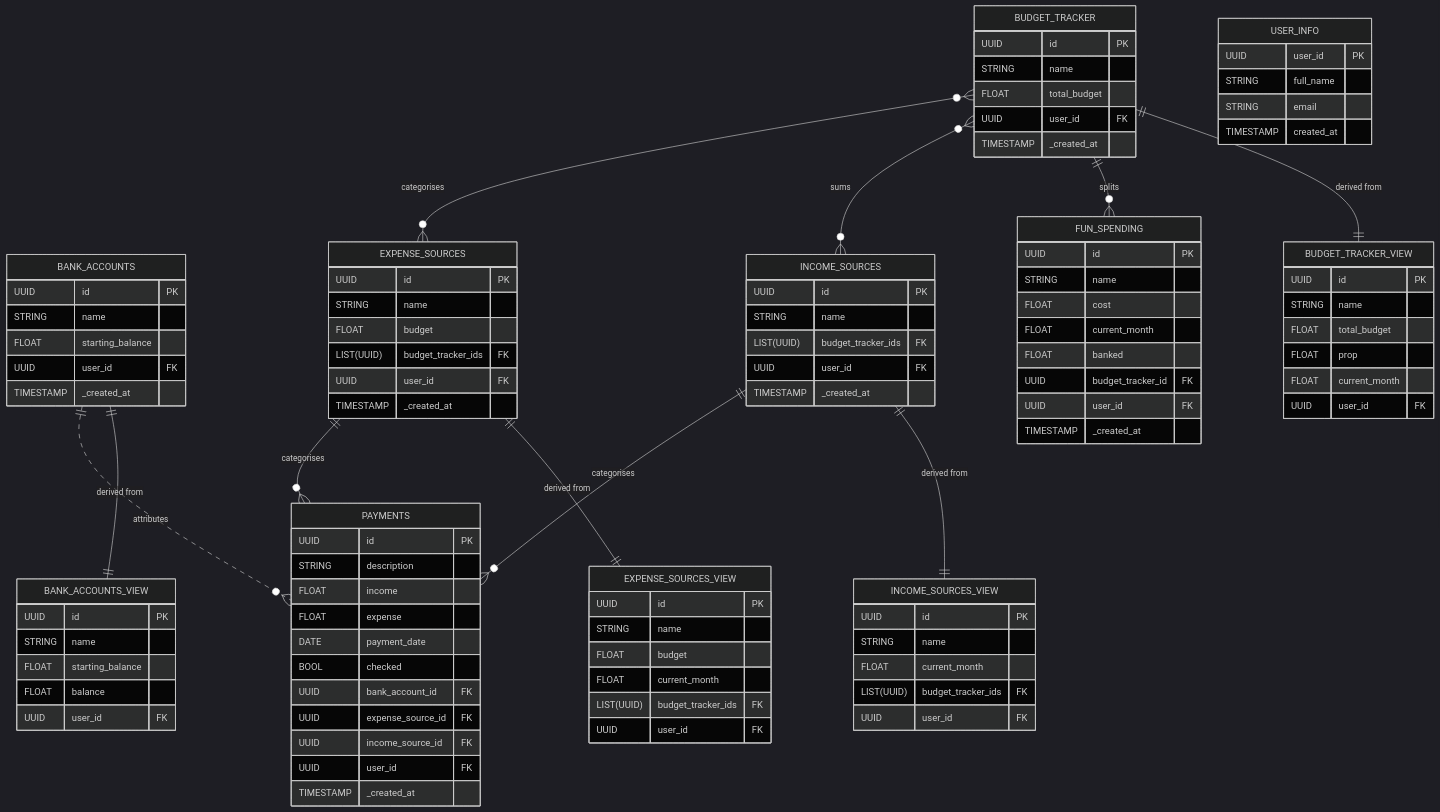
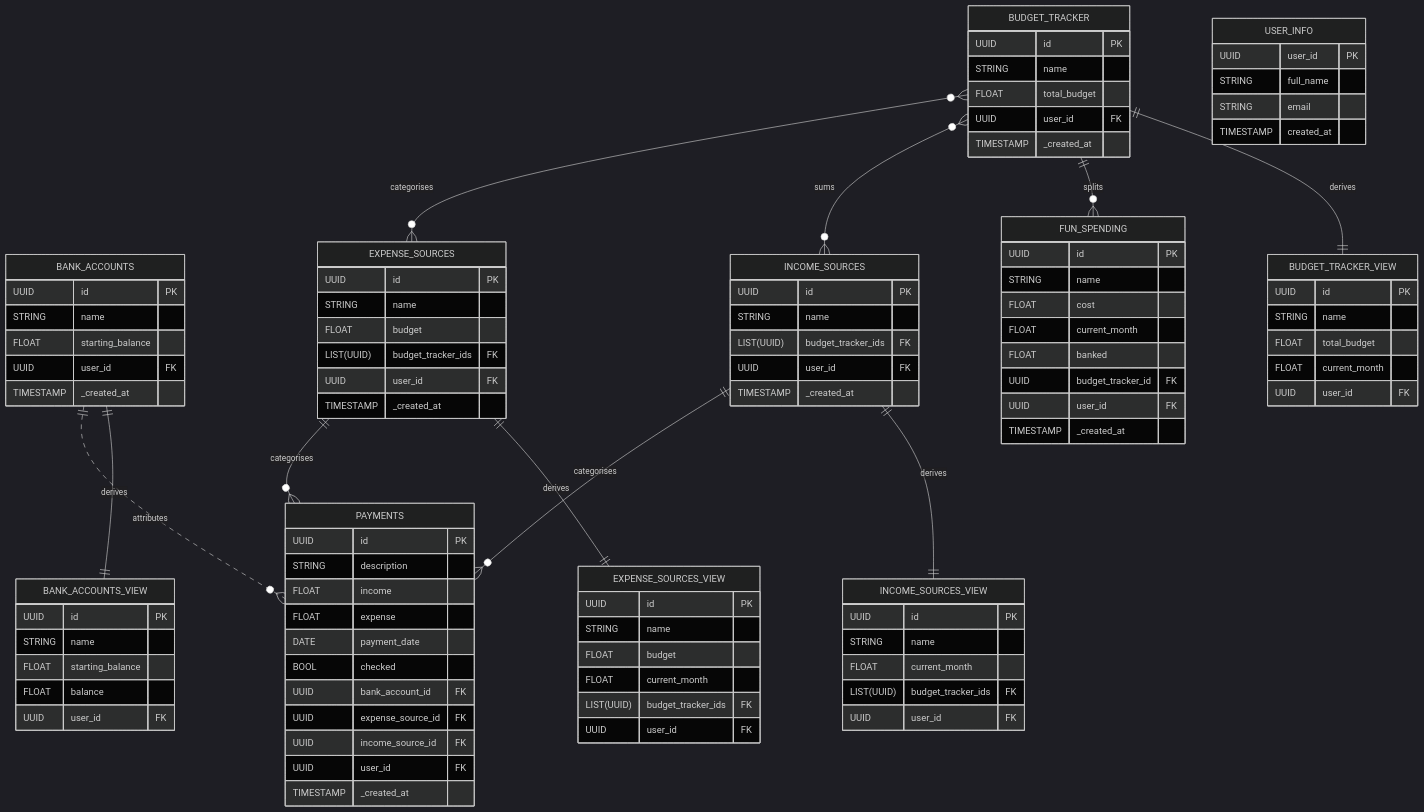
Before and after one commit to tomalcorn/finance-tracker: the fourth of 4 diagrams in README.md, drawn with Mermaid (dark theme). The commit also changed other lines of this file and 1 other file, not shown here.

````diff
--- a/README.md
+++ b/README.md
@@ -198,7 +198,6 @@
         UUID id PK
         STRING name
         FLOAT total_budget
-        FLOAT prop
         FLOAT current_month
         UUID user_id FK
     }
@@ -216,9 +215,9 @@
     BUDGET_TRACKER }o--o{ EXPENSE_SOURCES : "categorises"
     BUDGET_TRACKER }o--o{ INCOME_SOURCES : "sums"
     BUDGET_TRACKER ||--o{ FUN_SPENDING : "splits"
-    BANK_ACCOUNTS ||--|| BANK_ACCOUNTS_VIEW : "derived from"
-    EXPENSE_SOURCES ||--|| EXPENSE_SOURCES_VIEW : "derived from"
-    INCOME_SOURCES ||--|| INCOME_SOURCES_VIEW : "derived from"
-    BUDGET_TRACKER ||--|| BUDGET_TRACKER_VIEW : "derived from"
+    BANK_ACCOUNTS ||--|| BANK_ACCOUNTS_VIEW : "derives"
+    EXPENSE_SOURCES ||--|| EXPENSE_SOURCES_VIEW : "derives"
+    INCOME_SOURCES ||--|| INCOME_SOURCES_VIEW : "derives"
+    BUDGET_TRACKER ||--|| BUDGET_TRACKER_VIEW : "derives"
 
 ```
````
